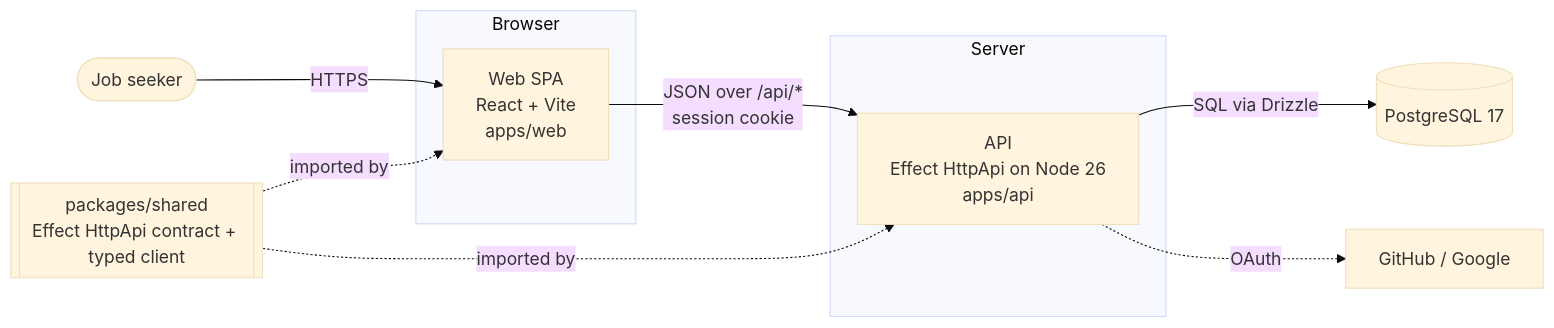
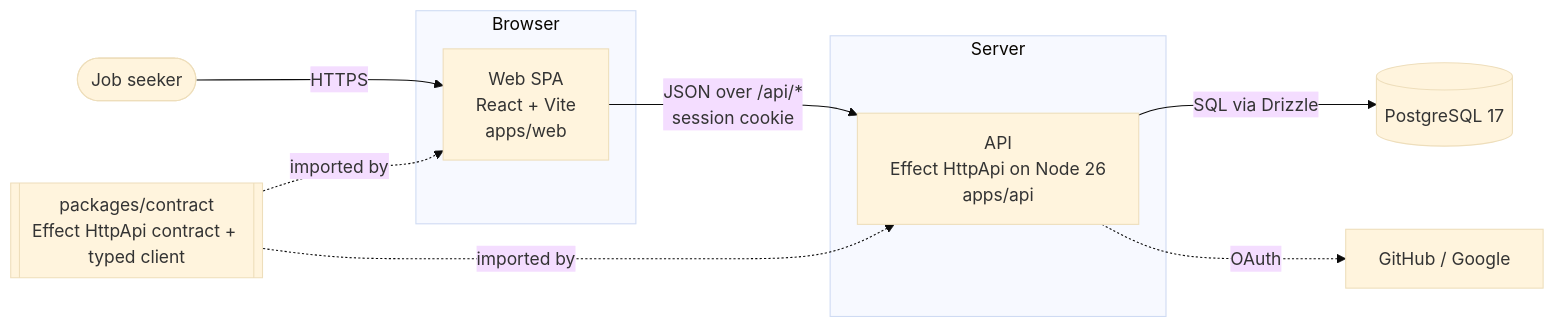
Before and after one commit to brianpatterson/interview-app: the first of 7 diagrams in docs/architecture.md, drawn with Mermaid (base theme). The commit also changed other lines of this file and 4 other files, not shown here.

````diff
--- a/docs/architecture.md
+++ b/docs/architecture.md
@@ -34,20 +34,20 @@
 ```mermaid
 flowchart LR
   user([Job seeker]) -->|HTTPS| web
 
   subgraph Browser
     web[Web SPA<br/>React + Vite<br/>apps/web]
   end
 
   subgraph Server
     api[API<br/>Effect HttpApi on Node 26<br/>apps/api]
   end
 
   db[(PostgreSQL 17)]
 
   web -->|JSON over /api/*<br/>session cookie| api
   api -->|SQL via Drizzle| db
   api -.OAuth.-> idp[GitHub / Google]
-  shared[[packages/shared<br/>Effect HttpApi contract + typed client]] -.imported by.-> web
-  shared -.imported by.-> api
+  contract[[packages/contract<br/>Effect HttpApi contract + typed client]] -.imported by.-> web
+  contract -.imported by.-> api
 ```
````
